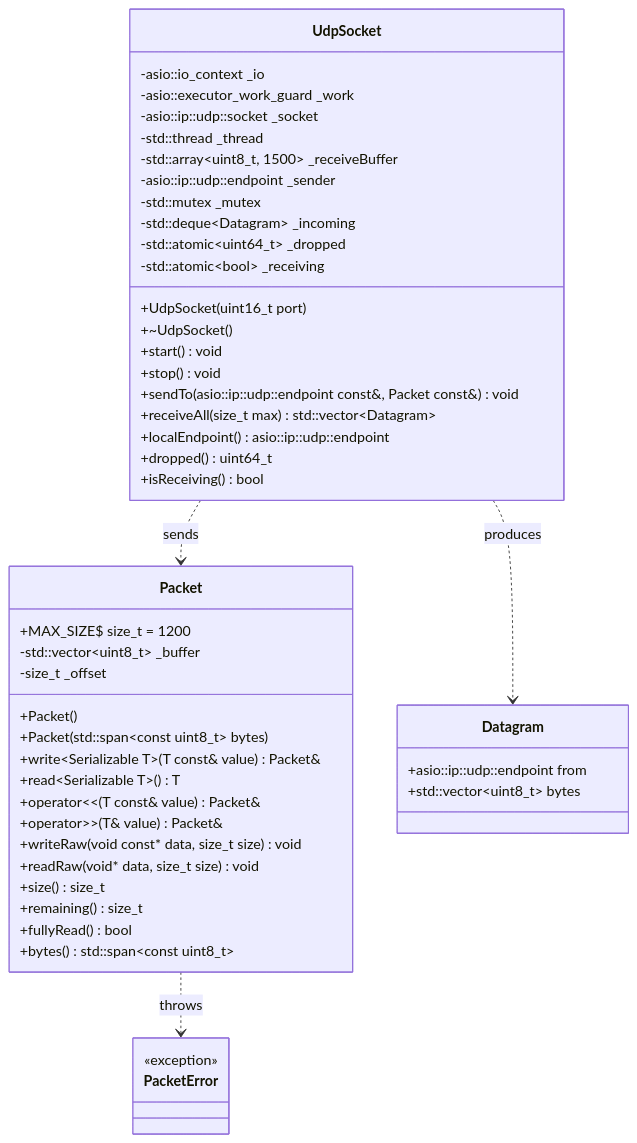
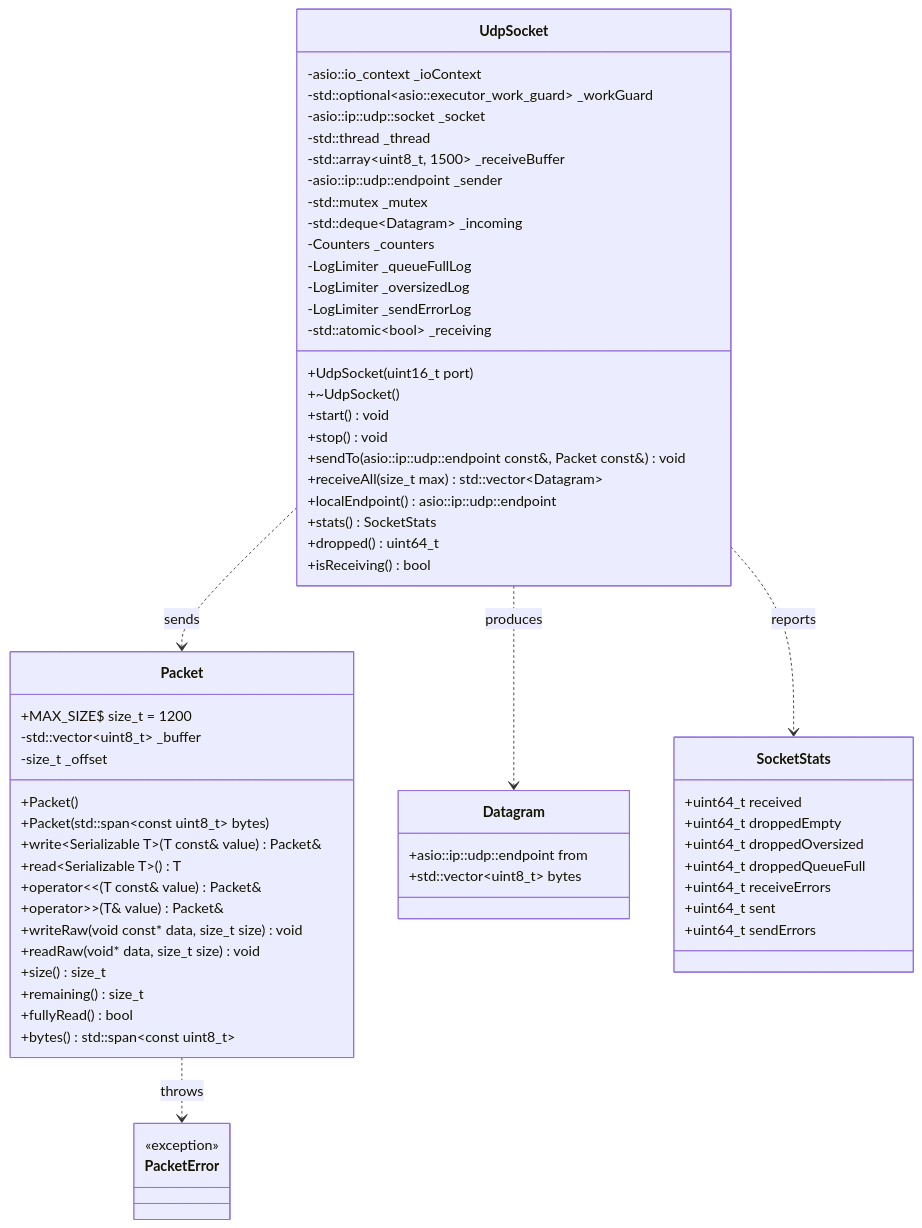
The diagram in docs/modules/network.md (janumaruku/r-type), drawn with Mermaid before and after one commit. The commit also changed other lines of this file, not shown here.

Commit message:
docs(network): RTP-89 #comment Document UdpSocket's stats(), the counter of each drop, send and error, the rate-limited logs, the restart and the close-after-join in stop(), and list all of its tests

````diff
--- a/docs/modules/network.md
+++ b/docs/modules/network.md
@@ -7,51 +7,65 @@
 ```mermaid
 classDiagram
     class PacketError {
         <<exception>>
     }
     class Packet {
         +MAX_SIZE$ size_t = 1200
         -std::vector~uint8_t~ _buffer
         -size_t _offset
         +Packet()
         +Packet(std::span~const uint8_t~ bytes)
         +write~Serializable T~(T const& value) Packet&
         +read~Serializable T~() T
         +operator<<(T const& value) Packet&
         +operator>>(T& value) Packet&
         +writeRaw(void const* data, size_t size) void
         +readRaw(void* data, size_t size) void
         +size() size_t
         +remaining() size_t
         +fullyRead() bool
         +bytes() std::span~const uint8_t~
     }
     class Datagram {
         +asio::ip::udp::endpoint from
         +std::vector~uint8_t~ bytes
     }
+    class SocketStats {
+        +uint64_t received
+        +uint64_t droppedEmpty
+        +uint64_t droppedOversized
+        +uint64_t droppedQueueFull
+        +uint64_t receiveErrors
+        +uint64_t sent
+        +uint64_t sendErrors
+    }
     class UdpSocket {
-        -asio::io_context _io
-        -asio::executor_work_guard _work
+        -asio::io_context _ioContext
+        -std::optional~asio::executor_work_guard~ _workGuard
         -asio::ip::udp::socket _socket
         -std::thread _thread
         -std::array~uint8_t, 1500~ _receiveBuffer
         -asio::ip::udp::endpoint _sender
         -std::mutex _mutex
         -std::deque~Datagram~ _incoming
-        -std::atomic~uint64_t~ _dropped
+        -Counters _counters
+        -LogLimiter _queueFullLog
+        -LogLimiter _oversizedLog
+        -LogLimiter _sendErrorLog
         -std::atomic~bool~ _receiving
         +UdpSocket(uint16_t port)
         +~UdpSocket()
         +start() void
         +stop() void
         +sendTo(asio::ip::udp::endpoint const&, Packet const&) void
         +receiveAll(size_t max) std::vector~Datagram~
         +localEndpoint() asio::ip::udp::endpoint
+        +stats() SocketStats
         +dropped() uint64_t
         +isReceiving() bool
     }
     Packet ..> PacketError : throws
     UdpSocket ..> Datagram : produces
     UdpSocket ..> Packet : sends
+    UdpSocket ..> SocketStats : reports
 ```
````
